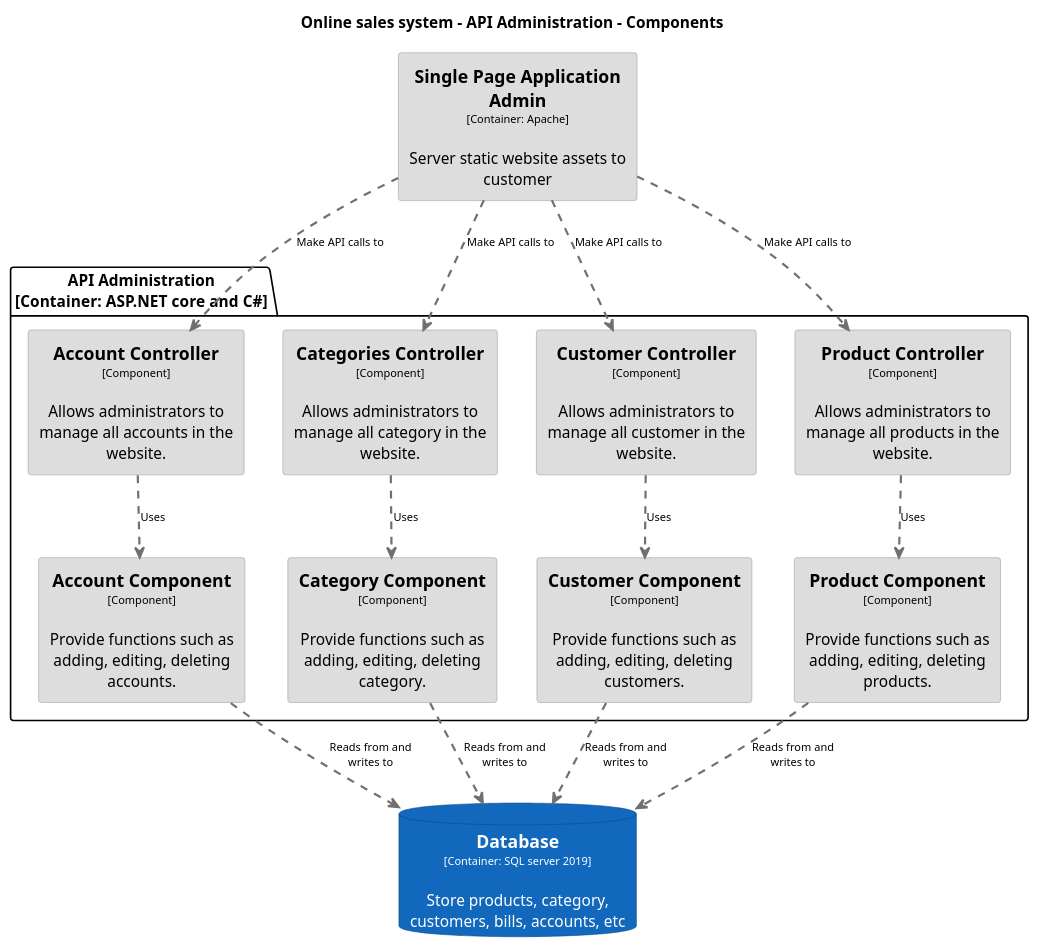
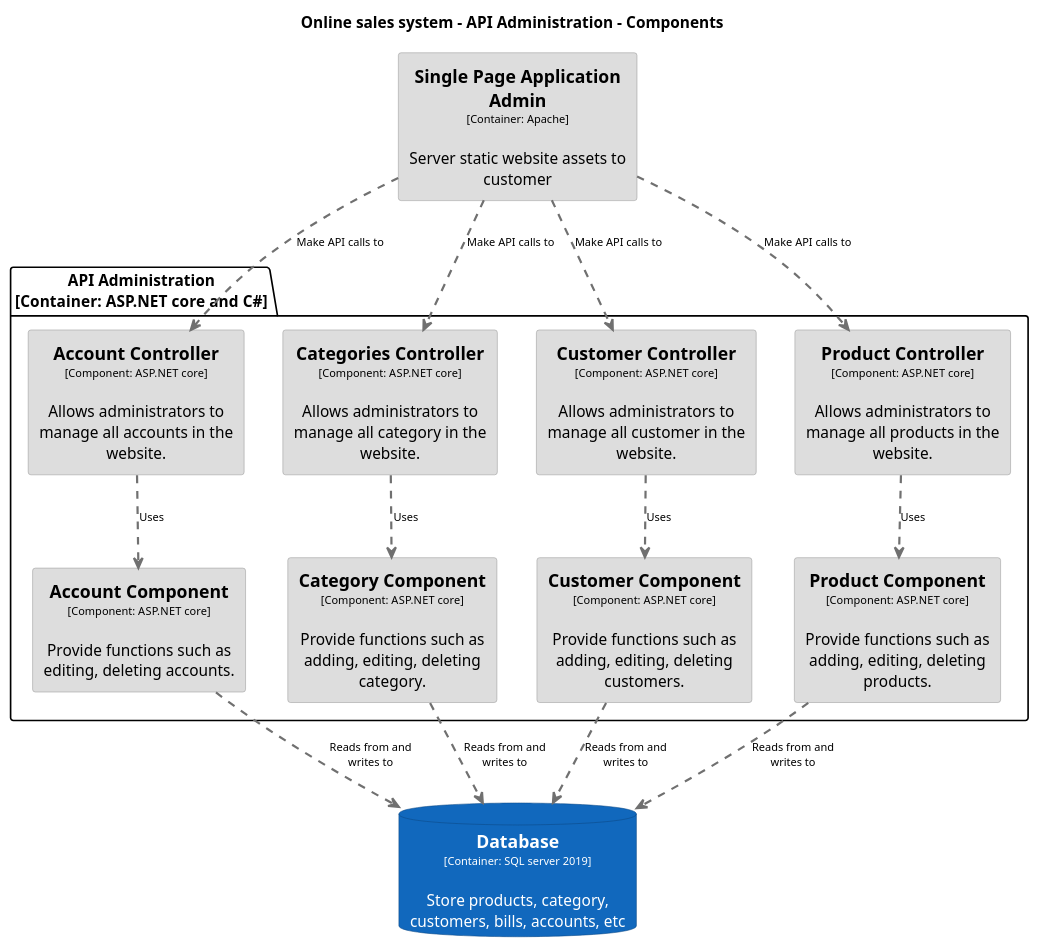
Before and after one commit to lantrannk/phan-tich-thiet-ke-oop: the diagram in export/Onlinesalessystem-APIAdministration-Component.puml, drawn with PlantUML. The commit also changed 2 other files, not shown here.

Commit message:
fix component

```diff
--- a/export/Onlinesalessystem-APIAdministration-Component.puml
+++ b/export/Onlinesalessystem-APIAdministration-Component.puml
@@ -1,87 +1,87 @@
 @startuml(id=Onlinesalessystem-APIAdministration-Component)
 title Online sales system - API Administration - Components
 
 skinparam {
   shadowing false
   arrowFontSize 10
   defaultTextAlignment center
   wrapWidth 200
   maxMessageSize 100
 }
 hide stereotype
 top to bottom direction
 skinparam rectangle<<44>> {
   BackgroundColor #dddddd
   FontColor #000000
   BorderColor #9a9a9a
 }
 skinparam rectangle<<46>> {
   BackgroundColor #dddddd
   FontColor #000000
   BorderColor #9a9a9a
 }
 skinparam rectangle<<48>> {
   BackgroundColor #dddddd
   FontColor #000000
   BorderColor #9a9a9a
 }
 skinparam rectangle<<38>> {
   BackgroundColor #dddddd
   FontColor #000000
   BorderColor #9a9a9a
 }
 skinparam rectangle<<7>> {
   BackgroundColor #dddddd
   FontColor #000000
   BorderColor #9a9a9a
 }
 skinparam rectangle<<50>> {
   BackgroundColor #dddddd
   FontColor #000000
   BorderColor #9a9a9a
 }
 skinparam rectangle<<40>> {
   BackgroundColor #dddddd
   FontColor #000000
   BorderColor #9a9a9a
 }
 skinparam rectangle<<52>> {
   BackgroundColor #dddddd
   FontColor #000000
   BorderColor #9a9a9a
 }
 skinparam rectangle<<42>> {
   BackgroundColor #dddddd
   FontColor #000000
   BorderColor #9a9a9a
 }
 skinparam database<<54>> {
   BackgroundColor #1168bd
   FontColor #ffffff
   BorderColor #0b4884
 }
 database "==Database\n<size:10>[Container: SQL server 2019]</size>\n\nStore products, category, customers, bills, accounts, etc" <<54>> as 54
 rectangle "==Single Page Application Admin\n<size:10>[Container: Apache]</size>\n\nServer static website assets to customer" <<7>> as 7
 package "API Administration\n[Container: ASP.NET core and C#]" {
-  rectangle "==Account Component\n<size:10>[Component]</size>\n\nProvide functions such as adding, editing, deleting accounts." <<48>> as 48
-  rectangle "==Account Controller\n<size:10>[Component]</size>\n\nAllows administrators to manage all accounts in the website." <<40>> as 40
-  rectangle "==Categories Controller\n<size:10>[Component]</size>\n\nAllows administrators to manage all category in the website." <<44>> as 44
-  rectangle "==Category Component\n<size:10>[Component]</size>\n\nProvide functions such as adding, editing, deleting category." <<52>> as 52
-  rectangle "==Customer Component\n<size:10>[Component]</size>\n\nProvide functions such as adding, editing, deleting customers." <<50>> as 50
-  rectangle "==Customer Controller\n<size:10>[Component]</size>\n\nAllows administrators to manage all customer in the website." <<42>> as 42
-  rectangle "==Product Component\n<size:10>[Component]</size>\n\nProvide functions such as adding, editing, deleting products." <<46>> as 46
-  rectangle "==Product Controller\n<size:10>[Component]</size>\n\nAllows administrators to manage all products in the website." <<38>> as 38
+  rectangle "==Account Component\n<size:10>[Component: ASP.NET core]</size>\n\nProvide functions such as editing, deleting accounts." <<48>> as 48
+  rectangle "==Account Controller\n<size:10>[Component: ASP.NET core]</size>\n\nAllows administrators to manage all accounts in the website." <<40>> as 40
+  rectangle "==Categories Controller\n<size:10>[Component: ASP.NET core]</size>\n\nAllows administrators to manage all category in the website." <<44>> as 44
+  rectangle "==Category Component\n<size:10>[Component: ASP.NET core]</size>\n\nProvide functions such as adding, editing, deleting category." <<52>> as 52
+  rectangle "==Customer Component\n<size:10>[Component: ASP.NET core]</size>\n\nProvide functions such as adding, editing, deleting customers." <<50>> as 50
+  rectangle "==Customer Controller\n<size:10>[Component: ASP.NET core]</size>\n\nAllows administrators to manage all customer in the website." <<42>> as 42
+  rectangle "==Product Component\n<size:10>[Component: ASP.NET core]</size>\n\nProvide functions such as adding, editing, deleting products." <<46>> as 46
+  rectangle "==Product Controller\n<size:10>[Component: ASP.NET core]</size>\n\nAllows administrators to manage all products in the website." <<38>> as 38
 }
 48 .[#707070,thickness=2].> 54 : "Reads from and writes to"
 40 .[#707070,thickness=2].> 48 : "Uses"
 44 .[#707070,thickness=2].> 52 : "Uses"
 52 .[#707070,thickness=2].> 54 : "Reads from and writes to"
 50 .[#707070,thickness=2].> 54 : "Reads from and writes to"
 42 .[#707070,thickness=2].> 50 : "Uses"
 46 .[#707070,thickness=2].> 54 : "Reads from and writes to"
 38 .[#707070,thickness=2].> 46 : "Uses"
 7 .[#707070,thickness=2].> 40 : "Make API calls to"
 7 .[#707070,thickness=2].> 44 : "Make API calls to"
 7 .[#707070,thickness=2].> 42 : "Make API calls to"
 7 .[#707070,thickness=2].> 38 : "Make API calls to"
 @enduml
```
